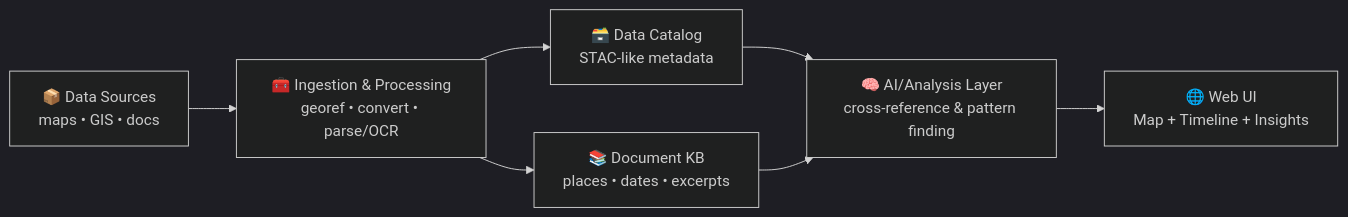
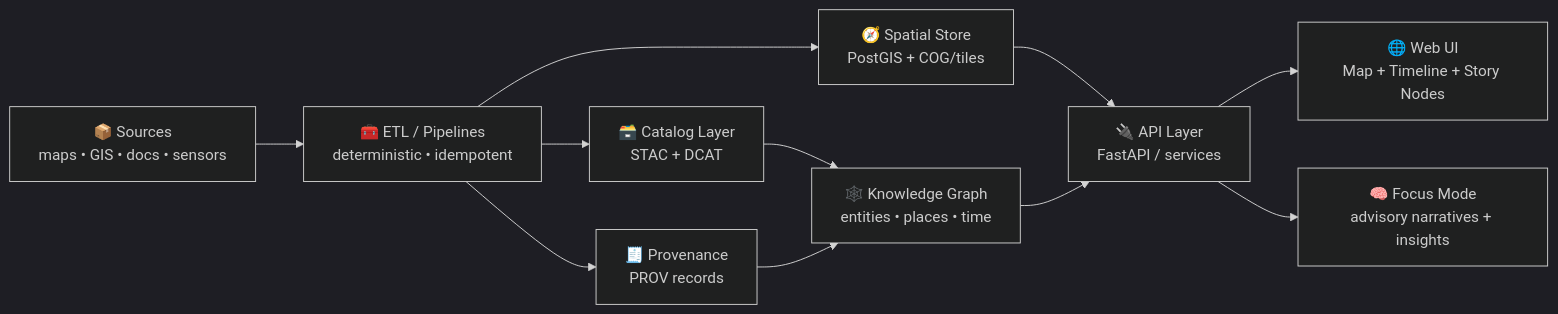
Before and after one commit to bartytime4life/Kansas-Frontier-Matrix: the first of 2 diagrams in .github/README.md, drawn with Mermaid (dark theme). The commit also changed other lines of this file, not shown here.

````diff
--- a/.github/README.md
+++ b/.github/README.md
@@ -36,9 +47,13 @@
 ```mermaid
 flowchart LR
-  A["📦 Data Sources<br/>maps • GIS • docs"] --> B["🧰 Ingestion & Processing<br/>georef • convert • parse/OCR"];
-  B --> C["🗃️ Data Catalog<br/>STAC-like metadata"];
-  B --> D["📚 Document KB<br/>places • dates • excerpts"];
-  C --> E["🧠 AI/Analysis Layer<br/>cross-reference & pattern finding"];
-  D --> E;
-  E --> F["🌐 Web UI<br/>Map + Timeline + Insights"];
+  A["📦 Sources<br/>maps • GIS • docs • sensors"] --> B["🧰 ETL / Pipelines<br/>deterministic • idempotent"];
+  B --> C["🗃️ Catalog Layer<br/>STAC + DCAT"];
+  B --> D["🧾 Provenance<br/>PROV records"];
+  B --> E["🧭 Spatial Store<br/>PostGIS + COG/tiles"];
+  C --> F["🕸️ Knowledge Graph<br/>entities • places • time"];
+  D --> F;
+  E --> G["🔌 API Layer<br/>FastAPI / services"];
+  F --> G;
+  G --> H["🌐 Web UI<br/>Map + Timeline + Story Nodes"];
+  G --> I["🧠 Focus Mode<br/>advisory narratives + insights"];
 ```
````
